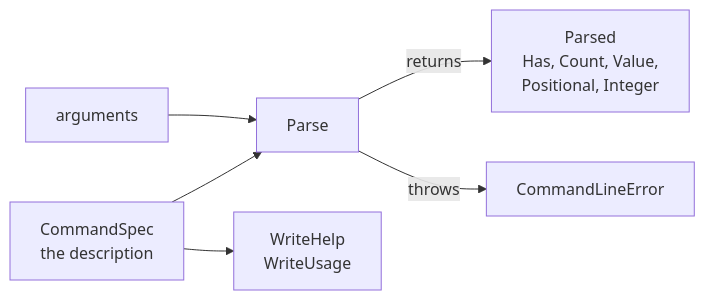
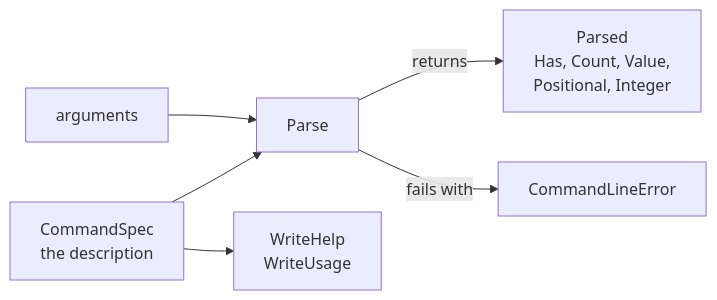
Before and after one commit to rux-lang/Web: the diagram in content/docs/1.learn/26.systems/03.command-line.md, drawn with Mermaid. The commit also changed other lines of this file and 30 other files, not shown here.

````diff
--- a/content/docs/1.learn/26.systems/03.command-line.md
+++ b/content/docs/1.learn/26.systems/03.command-line.md
@@ -34,8 +34,8 @@
 ```mermaid
 flowchart LR
     spec["CommandSpec<br/>the description"] --> parse["Parse"]
     args["arguments"] --> parse
     parse -- "returns" --> parsed["Parsed<br/>Has, Count, Value,<br/>Positional, Integer"]
-    parse -- "throws" --> error["CommandLineError"]
+    parse -- "fails with" --> error["CommandLineError"]
     spec --> help["WriteHelp<br/>WriteUsage"]
 ```
````
